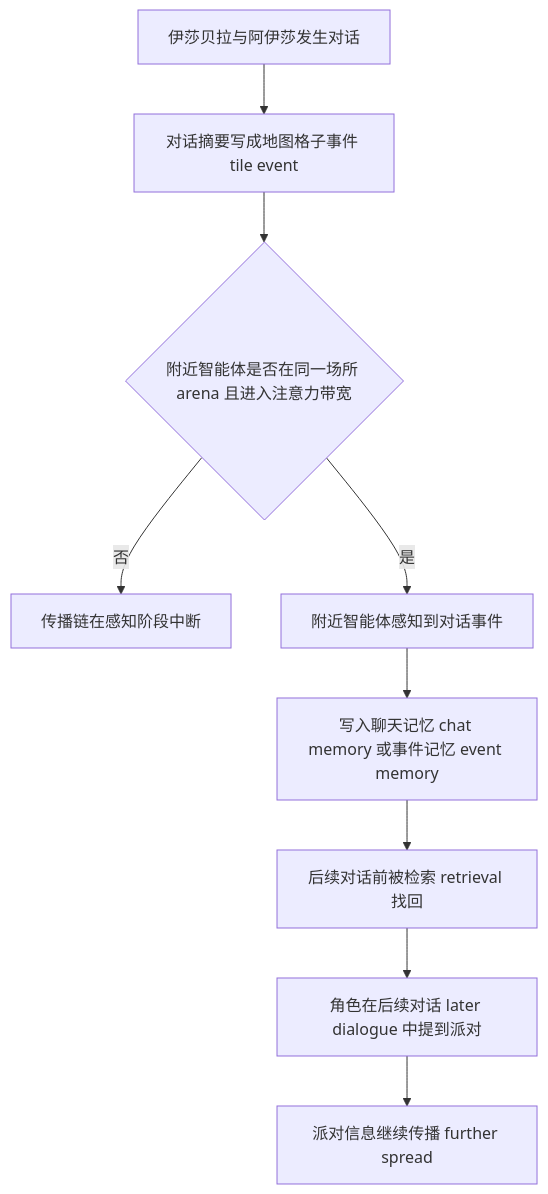
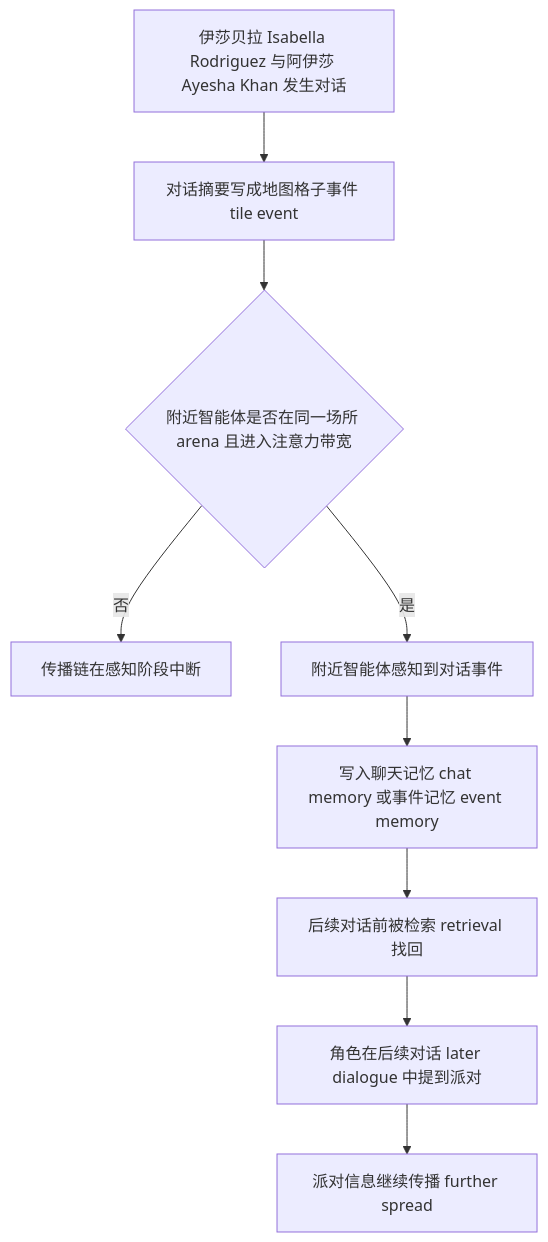
Diagram 12 of 14 in docs/book/manuscript/part_03/chapter_17.md (tbkken/GenerativeAgentsCN), drawn with Mermaid before and after one commit. The commit also changed other lines of this file and 51 other files, not shown here.

````diff
--- a/docs/book/manuscript/part_03/chapter_17.md
+++ b/docs/book/manuscript/part_03/chapter_17.md
@@ -951,11 +951,11 @@
 ```mermaid
 flowchart TD
-    Chat["伊莎贝拉与阿伊莎发生对话"] --> TileEvent["对话摘要写成地图格子事件 tile event"]
+    Chat["伊莎贝拉 Isabella Rodriguez 与阿伊莎 Ayesha Khan 发生对话"] --> TileEvent["对话摘要写成地图格子事件 tile event"]
     TileEvent --> Nearby{"附近智能体是否在同一场所 arena 且进入注意力带宽"}
     Nearby -->|否| Broken["传播链在感知阶段中断"]
     Nearby -->|是| Percept["附近智能体感知到对话事件"]
     Percept --> Memory["写入聊天记忆 chat memory 或事件记忆 event memory"]
     Memory --> Retrieve["后续对话前被检索 retrieval 找回"]
     Retrieve --> Later["角色在后续对话 later dialogue 中提到派对"]
     Later --> Spread["派对信息继续传播 further spread"]
 ```
````
